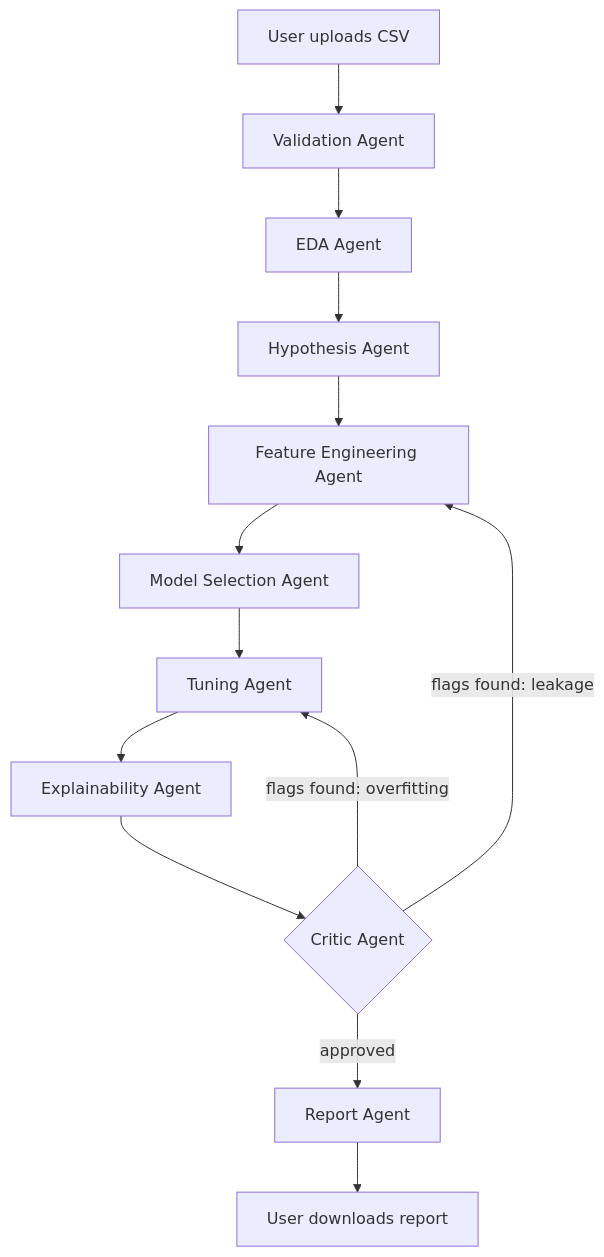
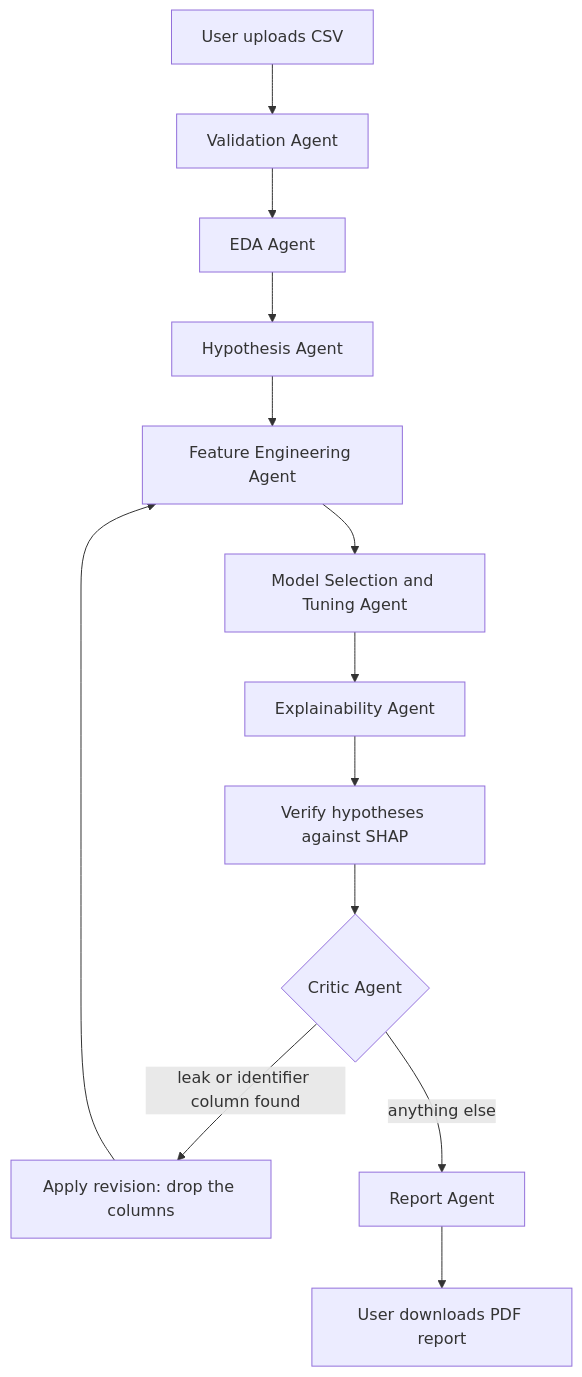
The diagram in README.md (SubhansuPradhan/AgentLab), drawn with Mermaid before and after one commit. The commit also changed other lines of this file and 1 other file, not shown here.

````diff
--- a/README.md
+++ b/README.md
@@ -27,15 +33,15 @@
 ```mermaid
 flowchart TD
     U[User uploads CSV] --> V[Validation Agent]
     V --> E[EDA Agent]
     E --> H[Hypothesis Agent]
     H --> F[Feature Engineering Agent]
-    F --> M[Model Selection Agent]
-    M --> T[Tuning Agent]
-    T --> X[Explainability Agent]
-    X --> C{Critic Agent}
-    C -- flags found: leakage --> F
-    C -- flags found: overfitting --> T
-    C -- approved --> R[Report Agent]
-    R --> Dl[User downloads report]
+    F --> M[Model Selection and Tuning Agent]
+    M --> X[Explainability Agent]
+    X --> VH[Verify hypotheses against SHAP]
+    VH --> C{Critic Agent}
+    C -- leak or identifier column found --> A[Apply revision: drop the columns]
+    A --> F
+    C -- anything else --> R[Report Agent]
+    R --> D[User downloads PDF report]
 ```
````
